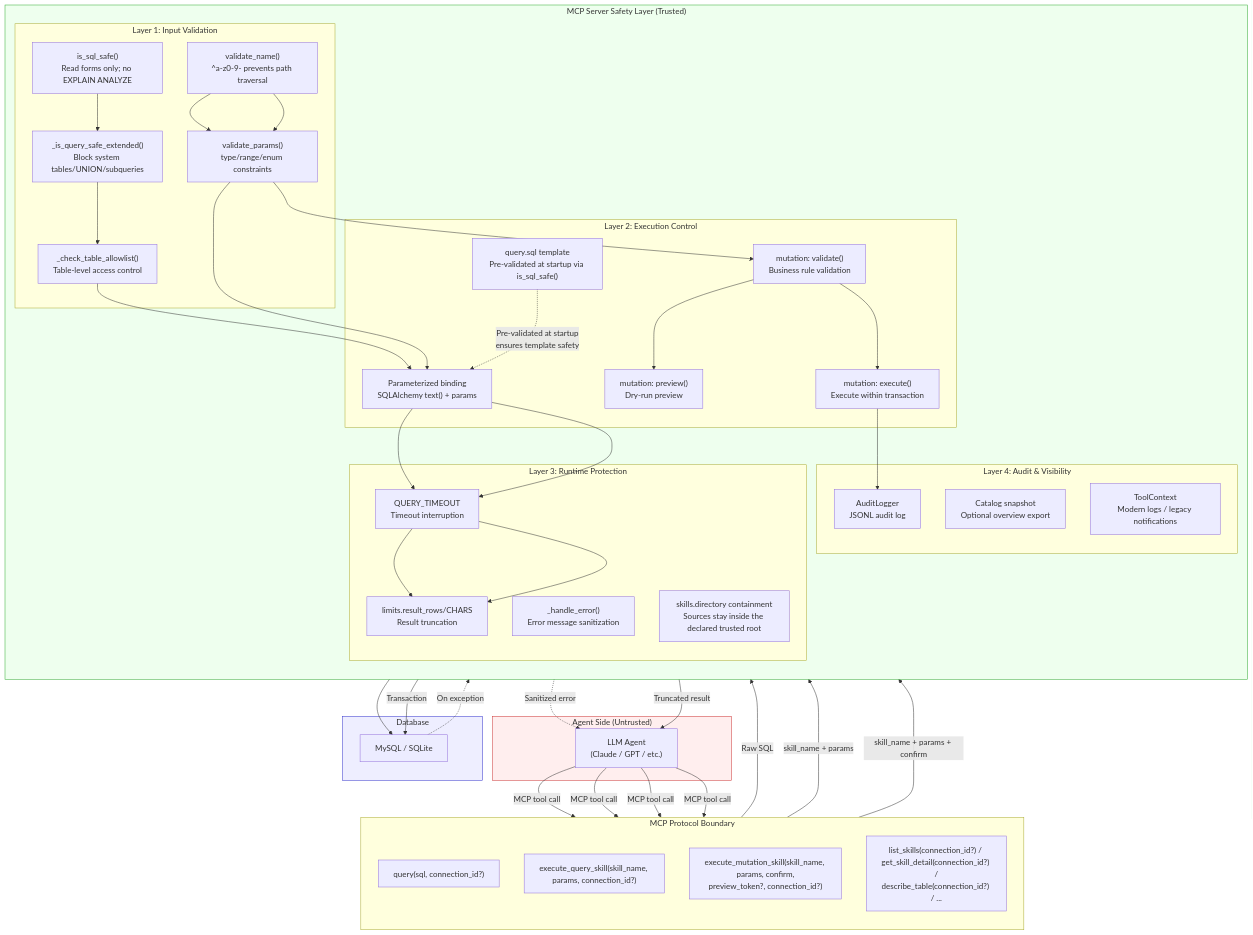
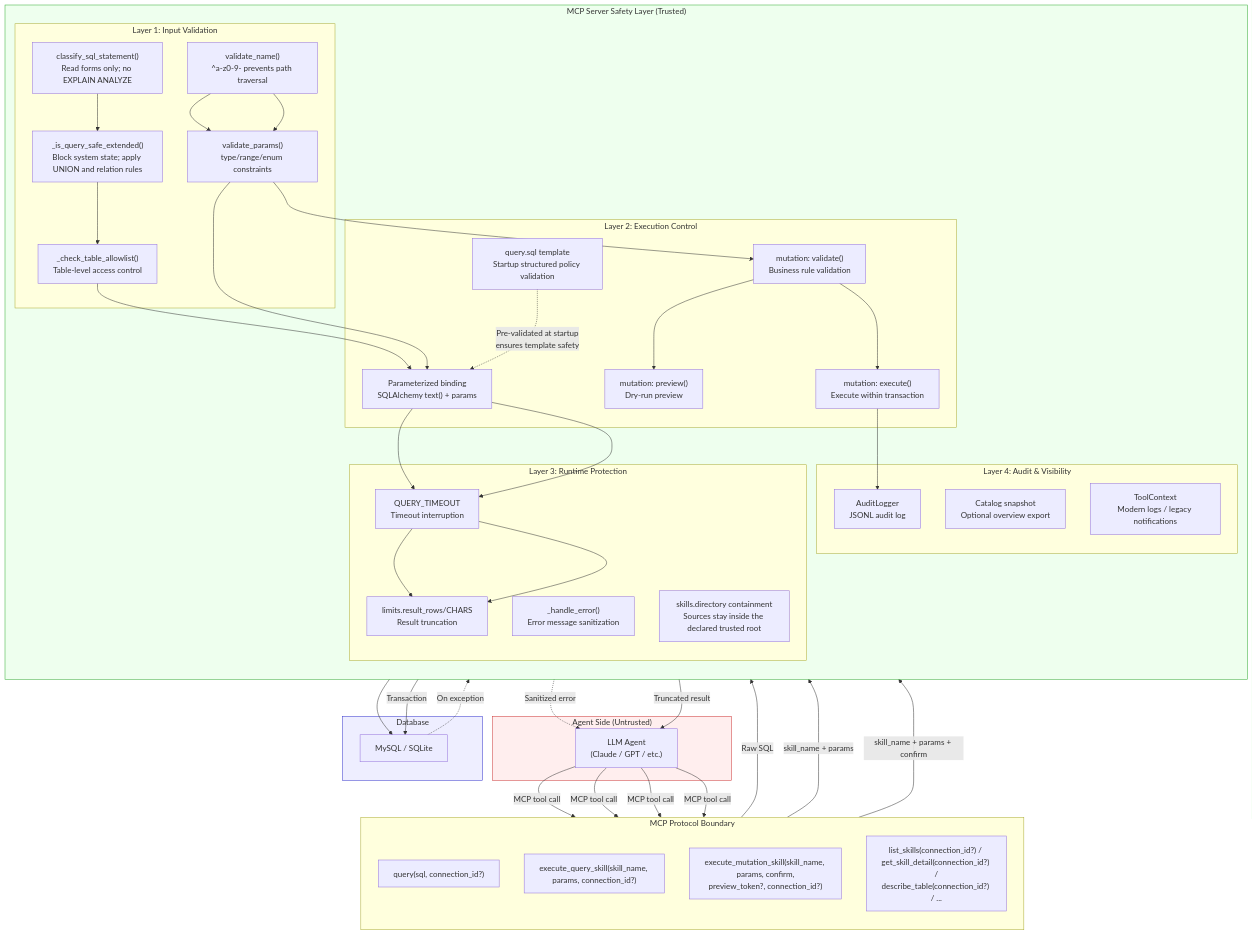
The first of 3 diagrams in README.md (Firstmeridian/llm-sql-safety-executor-mcp), drawn with Mermaid before and after one commit. The commit also changed other lines of this file and 648 other files, not shown here.

````diff
--- a/README.md
+++ b/README.md
@@ -329,70 +330,70 @@
 ```mermaid
 flowchart TB
     subgraph Agent["Agent Side (Untrusted)"]
         A1["LLM Agent<br/>(Claude / GPT / etc.)"]
     end
 
     subgraph MCP["MCP Protocol Boundary"]
         direction TB
         T1["query(sql, connection_id?)"]
         T2["execute_query_skill(skill_name, params, connection_id?)"]
         T3["execute_mutation_skill(skill_name, params, confirm,<br/>preview_token?, connection_id?)"]
         T4["list_skills(connection_id?) / get_skill_detail(connection_id?) /<br/>describe_table(connection_id?) / ..."]
     end
 
     subgraph Server["MCP Server Safety Layer (Trusted)"]
         direction TB
 
         subgraph S1["Layer 1: Input Validation"]
-            V1["is_sql_safe()<br/>Read forms only; no EXPLAIN ANALYZE"]
-            V2["_is_query_safe_extended()<br/>Block system tables/UNION/subqueries"]
+            V1["classify_sql_statement()<br/>Read forms only; no EXPLAIN ANALYZE"]
+            V2["_is_query_safe_extended()<br/>Block system state; apply UNION and relation rules"]
             V3["_check_table_allowlist()<br/>Table-level access control"]
             V4["validate_name()<br/>^a-z0-9- prevents path traversal"]
             V5["validate_params()<br/>type/range/enum constraints"]
         end
 
         subgraph S2["Layer 2: Execution Control"]
-            E1["query.sql template<br/>Pre-validated at startup via is_sql_safe()"]
+            E1["query.sql template<br/>Startup structured policy validation"]
             E2["Parameterized binding<br/>SQLAlchemy text() + params"]
             E3["mutation: validate()<br/>Business rule validation"]
             E4["mutation: preview()<br/>Dry-run preview"]
             E5["mutation: execute()<br/>Execute within transaction"]
         end
 
         subgraph S3["Layer 3: Runtime Protection"]
             R1["QUERY_TIMEOUT<br/>Timeout interruption"]
             R2["limits.result_rows/CHARS<br/>Result truncation"]
             R3["_handle_error()<br/>Error message sanitization"]
             R4["skills.directory containment<br/>Sources stay inside the declared trusted root"]
         end
 
         subgraph S4["Layer 4: Audit & Visibility"]
             AU1["AuditLogger<br/>JSONL audit log"]
             AU2["Catalog snapshot<br/>Optional overview export"]
             AU3["ToolContext<br/>Modern logs / legacy notifications"]
         end
     end
 
     subgraph DB["Database"]
         DB1["MySQL / SQLite"]
     end
 
     A1 -->|"MCP tool call"| T1 & T2 & T3 & T4
 
     T1 -->|"Raw SQL"| V1 --> V2 --> V3 --> E2 --> R1 --> R2
     T2 -->|"skill_name + params"| V4 --> V5 --> E2 --> R1 --> R2
     E1 -.->|"Pre-validated at startup<br/>ensures template safety"| E2
     T3 -->|"skill_name + params + confirm"| V4 --> V5 --> E3 --> E4 & E5
 
     E2 --> DB1
     E5 -->|"Transaction"| DB1
     E5 --> AU1
 
     DB1 -.->|"On exception"| R3 -.->|"Sanitized error"| A1
     R2 -->|"Truncated result"| A1
 
     style Agent fill:#fee,stroke:#c33
     style Server fill:#efe,stroke:#3a3
     style DB fill:#eef,stroke:#33c
     style MCP fill:#ffd,stroke:#aa3
 ```
````
